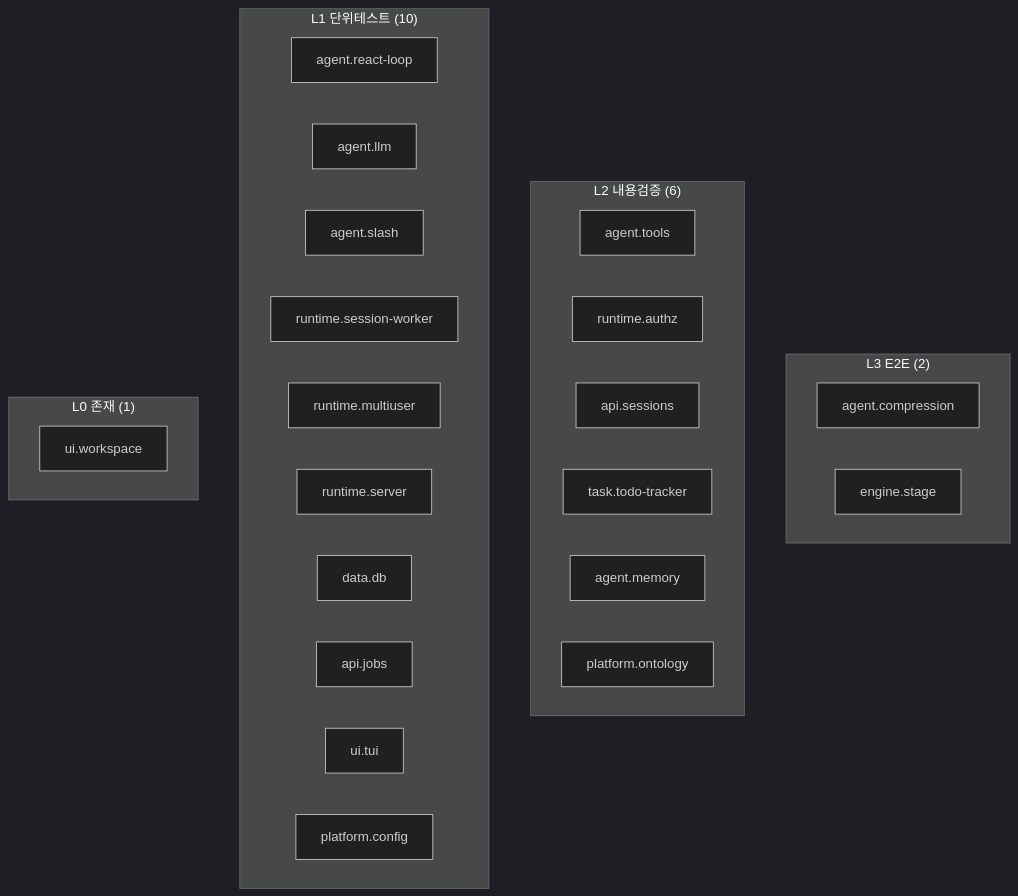
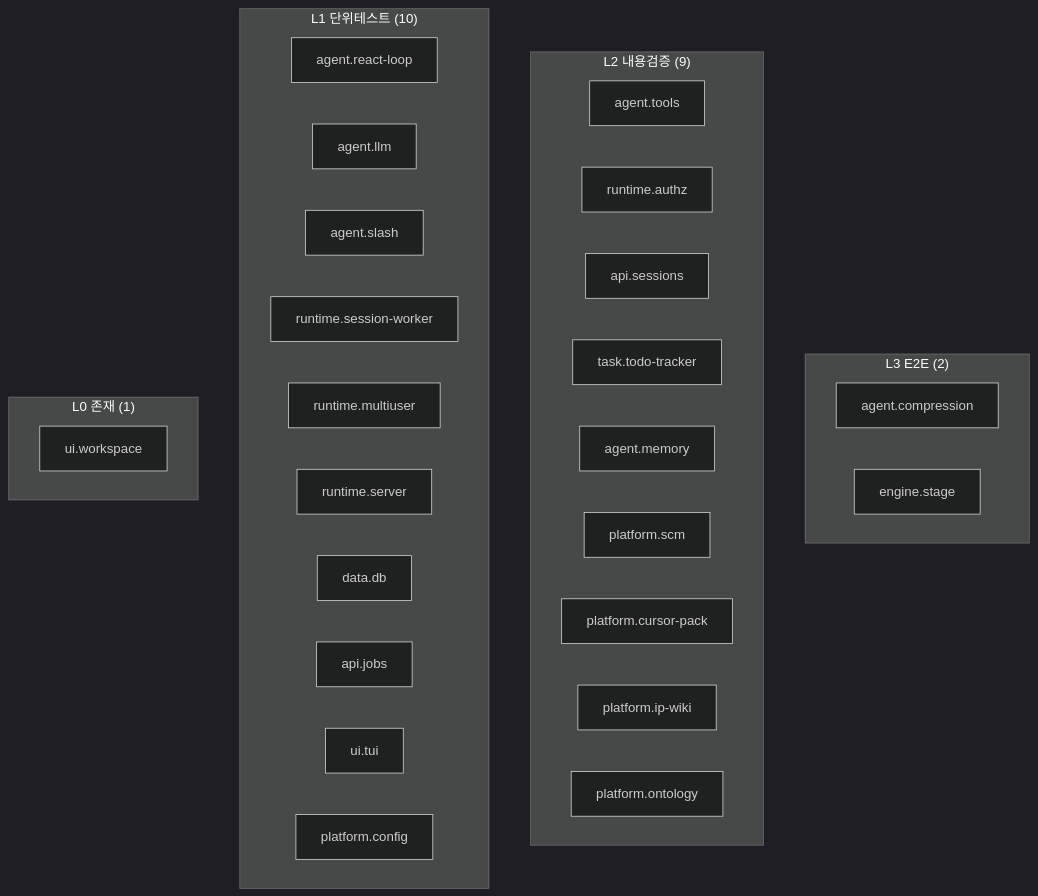
One commit to together2329/brian_hw changed the second of 2 diagrams in common_ai_agent/doc/wiki/platform-ontology-graph.md. Above: the diagram before and after it, drawn with Mermaid (dark theme). The commit also changed other lines of this file and 84 other files, not shown here.

````diff
--- a/common_ai_agent/doc/wiki/platform-ontology-graph.md
+++ b/common_ai_agent/doc/wiki/platform-ontology-graph.md
@@ -126,30 +176,33 @@
 ```mermaid
 flowchart TB
   subgraph L3["L3 E2E (2)"]
     M_agent_compression["agent.compression"]
     M_engine_stage["engine.stage"]
   end
-  subgraph L2["L2 내용검증 (6)"]
+  subgraph L2["L2 내용검증 (9)"]
     M_agent_tools["agent.tools"]
     M_runtime_authz["runtime.authz"]
     M_api_sessions["api.sessions"]
     M_task_todo_tracker["task.todo-tracker"]
     M_agent_memory["agent.memory"]
+    M_platform_scm["platform.scm"]
+    M_platform_cursor_pack["platform.cursor-pack"]
+    M_platform_ip_wiki["platform.ip-wiki"]
     M_platform_ontology["platform.ontology"]
   end
   subgraph L1["L1 단위테스트 (10)"]
     M_agent_react_loop["agent.react-loop"]
     M_agent_llm["agent.llm"]
     M_agent_slash["agent.slash"]
     M_runtime_session_worker["runtime.session-worker"]
     M_runtime_multiuser["runtime.multiuser"]
     M_runtime_server["runtime.server"]
     M_data_db["data.db"]
     M_api_jobs["api.jobs"]
     M_ui_tui["ui.tui"]
     M_platform_config["platform.config"]
   end
   subgraph L0["L0 존재 (1)"]
     M_ui_workspace["ui.workspace"]
   end
 ```
````
